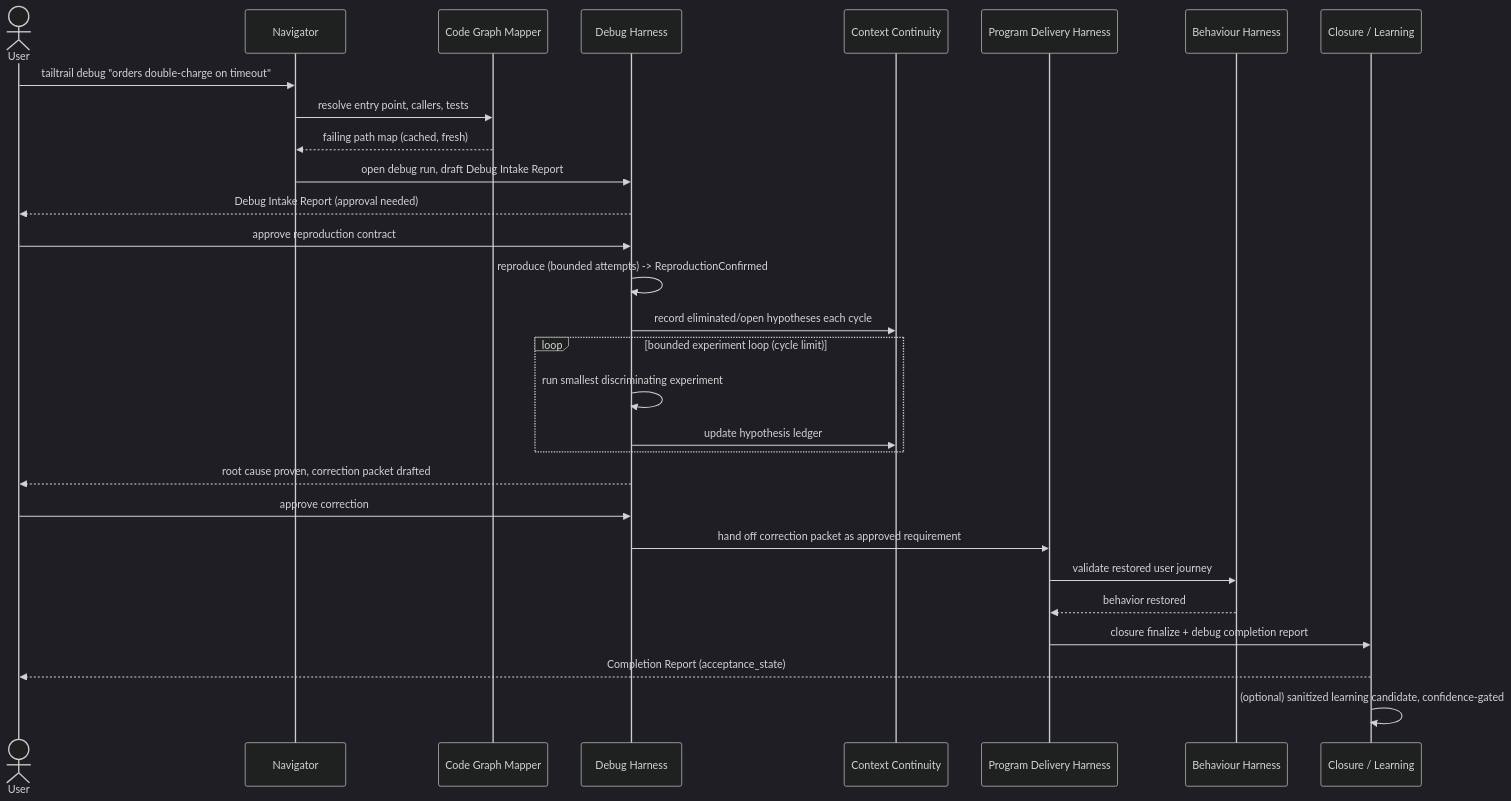
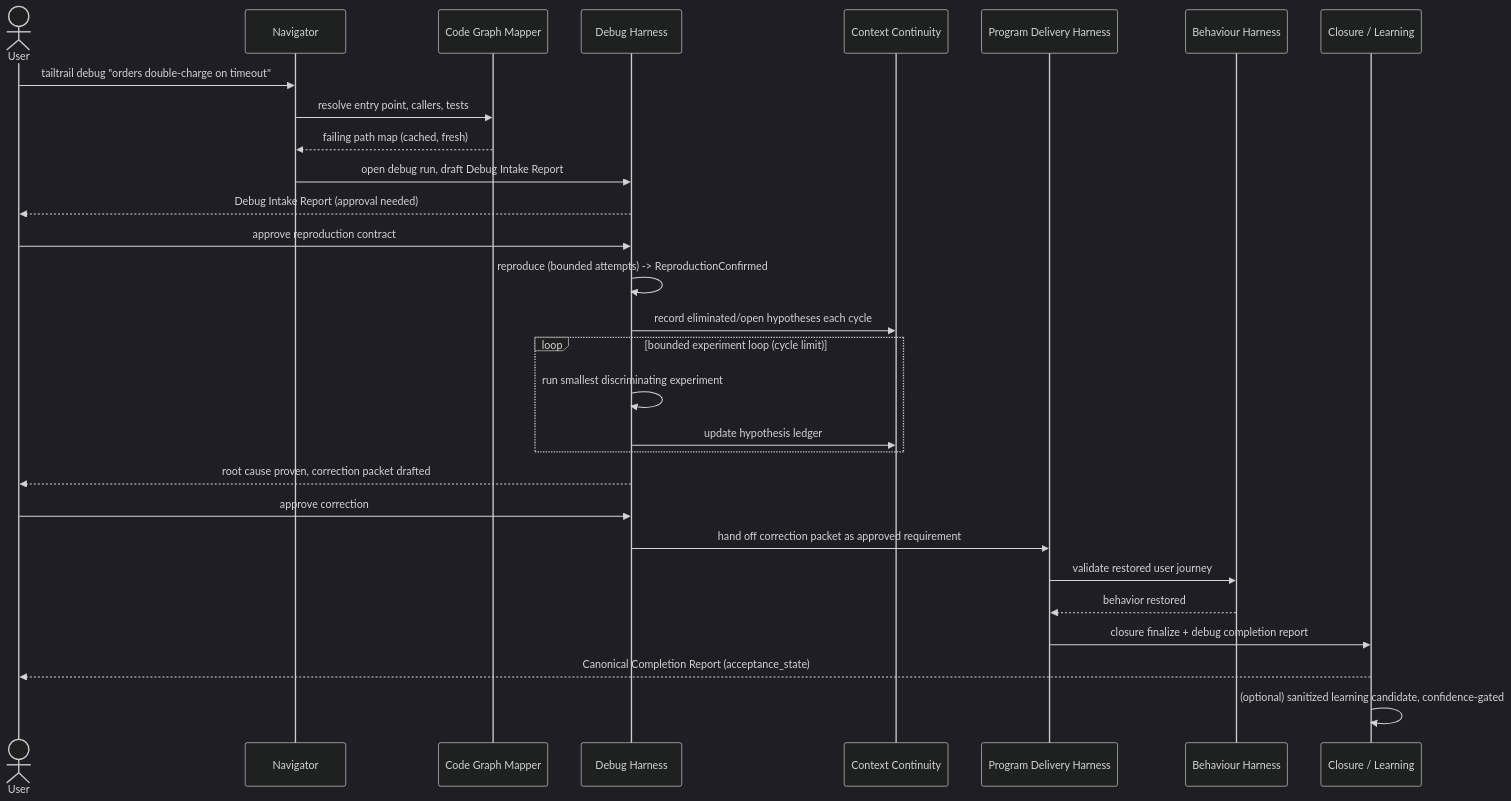
The fifth of 17 diagrams in DEBUG-HARNESS.md (vishrutsinghal/tailr), drawn with Mermaid (dark theme) before and after one commit. The commit also changed other lines of this file and 86 other files, not shown here.

````diff
--- a/DEBUG-HARNESS.md
+++ b/DEBUG-HARNESS.md
@@ -809,32 +818,32 @@
 ```mermaid
 sequenceDiagram
     actor User
     participant Nav as Navigator
     participant CGM as Code Graph Mapper
     participant DH as Debug Harness
     participant CC as Context Continuity
     participant PDH as Program Delivery Harness
     participant BH as Behaviour Harness
     participant CL as Closure / Learning
 
     User->>Nav: tailtrail debug "orders double-charge on timeout"
     Nav->>CGM: resolve entry point, callers, tests
     CGM-->>Nav: failing path map (cached, fresh)
     Nav->>DH: open debug run, draft Debug Intake Report
     DH-->>User: Debug Intake Report (approval needed)
     User->>DH: approve reproduction contract
     DH->>DH: reproduce (bounded attempts) -> ReproductionConfirmed
     DH->>CC: record eliminated/open hypotheses each cycle
     loop bounded experiment loop (cycle limit)
         DH->>DH: run smallest discriminating experiment
         DH->>CC: update hypothesis ledger
     end
     DH-->>User: root cause proven, correction packet drafted
     User->>DH: approve correction
     DH->>PDH: hand off correction packet as approved requirement
     PDH->>BH: validate restored user journey
     BH-->>PDH: behavior restored
     PDH->>CL: closure finalize + debug completion report
-    CL-->>User: Completion Report (acceptance_state)
+    CL-->>User: Canonical Completion Report (acceptance_state)
     CL->>CL: (optional) sanitized learning candidate, confidence-gated
 ```
````
